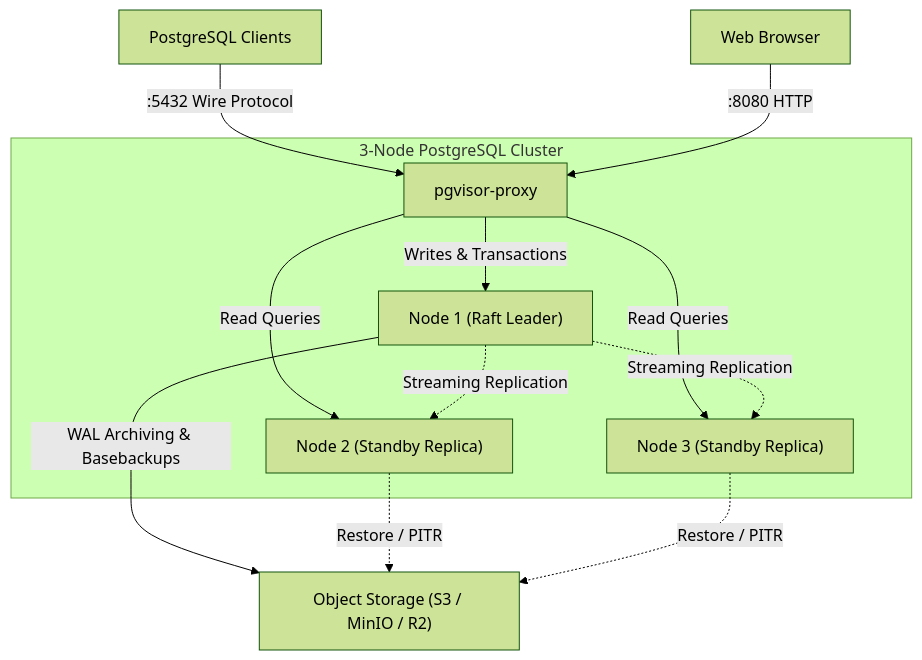
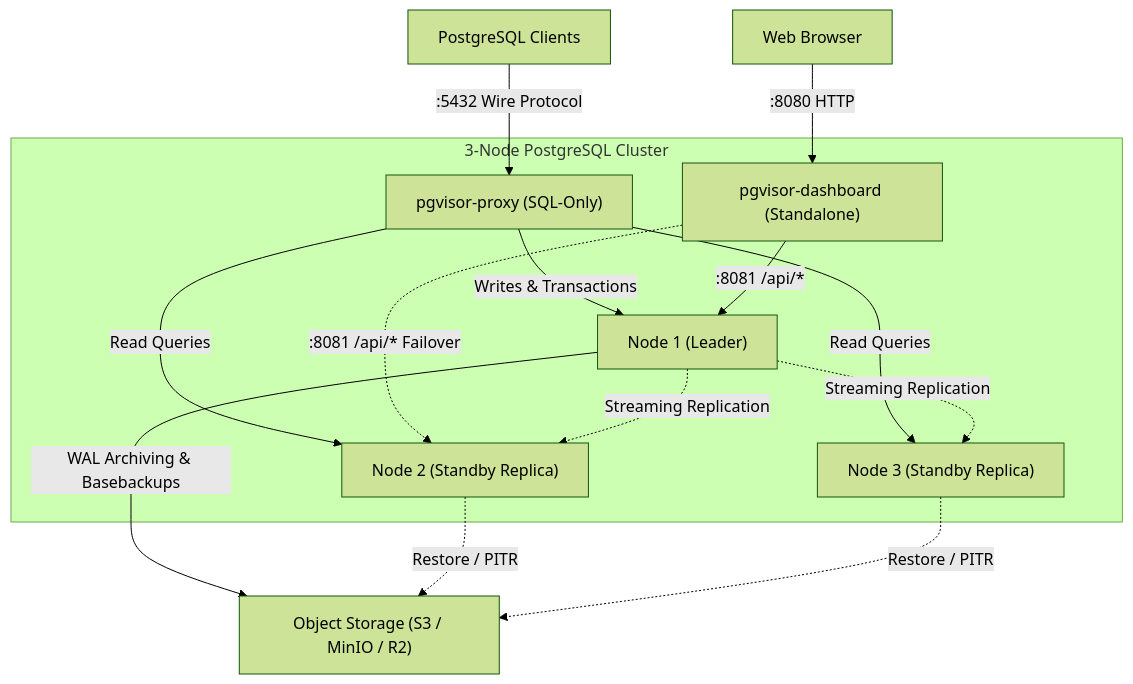
One commit to dreamoutbox/pgvisor changed the diagram in README.md. Above: the diagram before and after it, drawn with Mermaid (forest theme). The commit also changed other lines of this file and 15 other files, not shown here.

Commit message:
docs: update architecture docs and path-lookup cache for dashboard split

````diff
--- a/README.md
+++ b/README.md
@@ -24,17 +24,19 @@
 ```mermaid
 flowchart TD
-    Clients["PostgreSQL Clients"] -->|":5432 Wire Protocol"| Proxy["pgvisor-proxy"]
-    User["Web Browser"] -->|":8080 HTTP"| Proxy
+    Clients["PostgreSQL Clients"] -->|":5432 Wire Protocol"| Proxy["pgvisor-proxy (SQL-Only)"]
+    User["Web Browser"] -->|":8080 HTTP"| Dashboard["pgvisor-dashboard (Standalone)"]
 
     subgraph Cluster ["3-Node PostgreSQL Cluster"]
-        Proxy -->|"Writes & Transactions"| Node1["Node 1 (Raft Leader)"]
+        Proxy -->|"Writes & Transactions"| Node1["Node 1 (Leader)"]
         Proxy -->|"Read Queries"| Node2["Node 2 (Standby Replica)"]
         Proxy -->|"Read Queries"| Node3["Node 3 (Standby Replica)"]
+        Dashboard -->|":8081 /api/*"| Node1
+        Dashboard -.->|":8081 /api/* Failover"| Node2
         Node1 -.->|"Streaming Replication"| Node2
         Node1 -.->|"Streaming Replication"| Node3
     end
 
     Node1 -->|"WAL Archiving & Basebackups"| S3["Object Storage (S3 / MinIO / R2)"]
     Node2 -.->|"Restore / PITR"| S3
     Node3 -.->|"Restore / PITR"| S3
 ```
````
